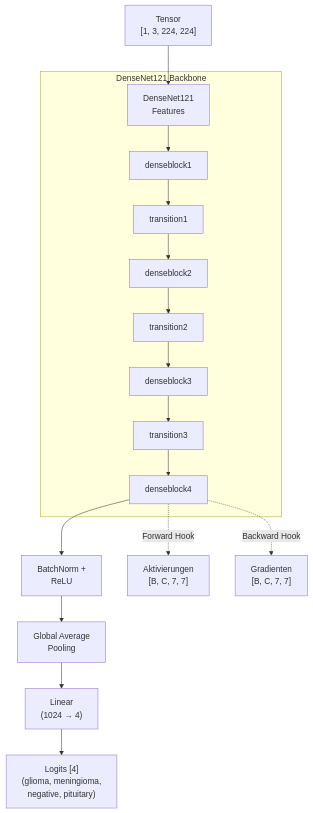
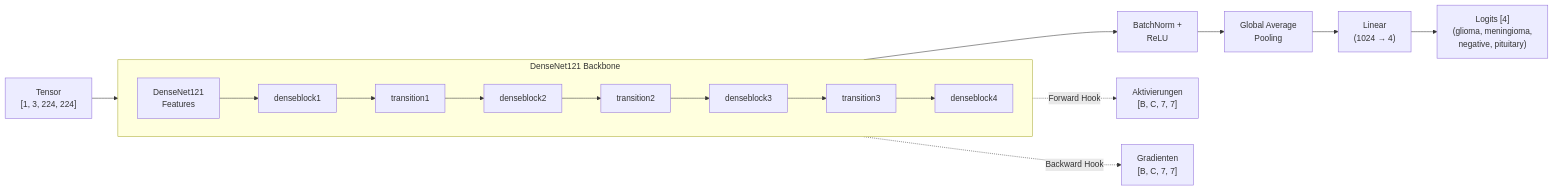
Before and after one commit to chempananickal/Tumor_Classifier: the seventh of 13 diagrams in docs/SAA/arc42-doc.md, drawn with Mermaid. The commit also changed other lines of this file and 1 other file, not shown here.

````diff
--- a/docs/SAA/arc42-doc.md
+++ b/docs/SAA/arc42-doc.md
@@ -597,22 +599,23 @@
 ```mermaid
-graph TD
+graph LR
     INPUT["Tensor<br/>[1, 3, 224, 224]"] --> FEAT["DenseNet121<br/>Features"]
 
     subgraph DenseNet121 ["DenseNet121 Backbone"]
+        direction LR
         FEAT --> DB1["denseblock1"]
         DB1 --> T1["transition1"]
         T1 --> DB2["denseblock2"]
         DB2 --> T2["transition2"]
         T2 --> DB3["denseblock3"]
         DB3 --> T3["transition3"]
         T3 --> DB4["denseblock4"]
     end
 
     DB4 --> BN["BatchNorm +<br/>ReLU"]
     BN --> GAP["Global Average<br/>Pooling"]
     GAP --> HEAD["Linear<br/>(1024 → 4)"]
     HEAD --> LOGITS["Logits [4]<br/>(glioma, meningioma,<br/>negative, pituitary)"]
 
     DB4 -. "Forward Hook" .-> ACT["Aktivierungen<br/>[B, C, 7, 7]"]
     DB4 -. "Backward Hook" .-> GRAD["Gradienten<br/>[B, C, 7, 7]"]
 ```
````
